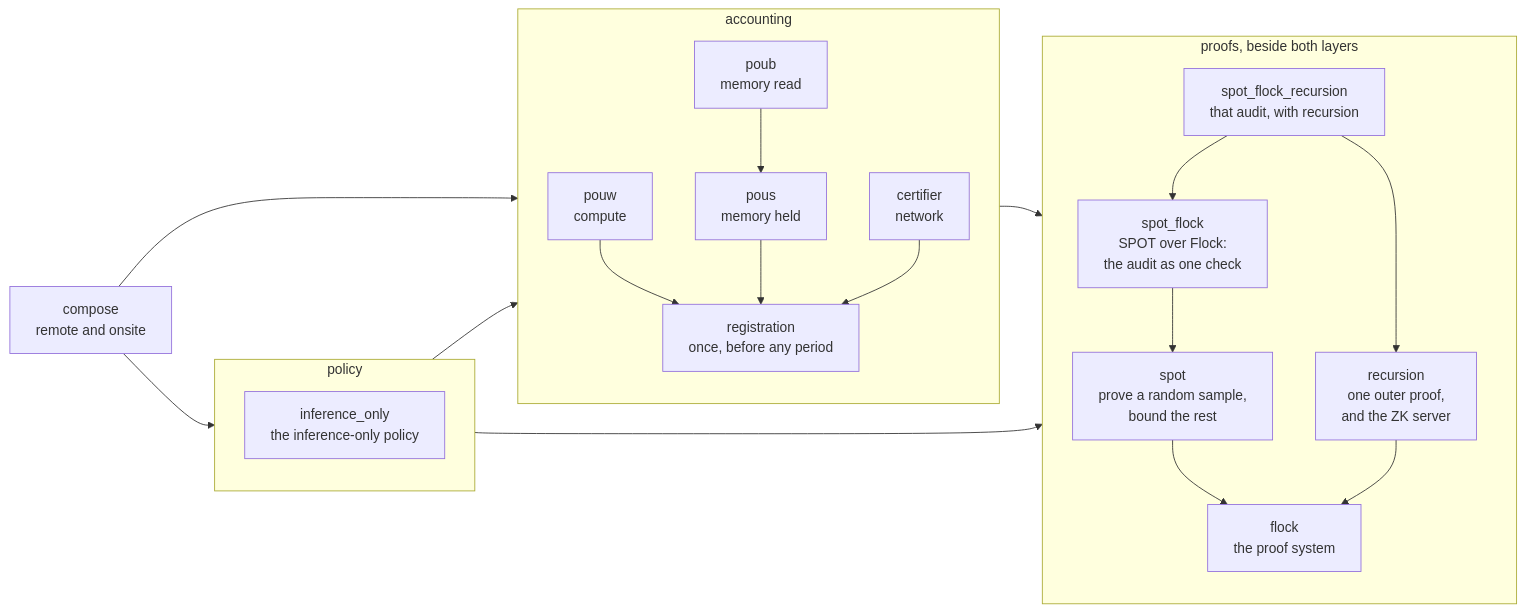
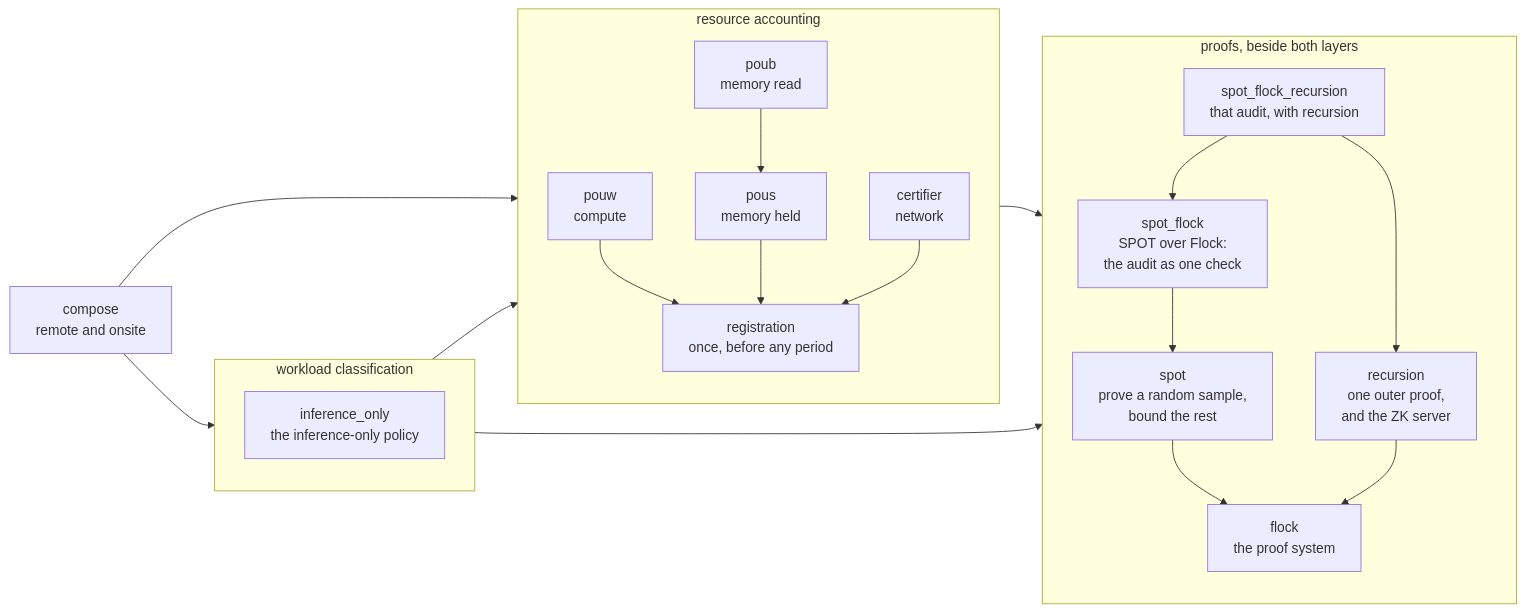
One commit to compute-verification/verity changed the fourth of 5 diagrams in ARCHITECTURE.md. Above: the diagram before and after it, drawn with Mermaid. The commit also changed other lines of this file, not shown here.

````diff
--- a/ARCHITECTURE.md
+++ b/ARCHITECTURE.md
@@ -160,35 +160,35 @@
 ```mermaid
 flowchart LR
     compose["compose<br/>remote and onsite"]
-    subgraph accounting["accounting"]
+    subgraph accounting["resource accounting"]
         registration["registration<br/>once, before any period"]
         pouw["pouw<br/>compute"]
         pous["pous<br/>memory held"]
         poub["poub<br/>memory read"]
         certifier["certifier<br/>network"]
     end
-    subgraph policy["policy"]
+    subgraph policy["workload classification"]
         io["inference_only<br/>the inference-only policy"]
     end
     subgraph proofs["proofs, beside both layers"]
         spot["spot<br/>prove a random sample,<br/>bound the rest"]
         recursion["recursion<br/>one outer proof,<br/>and the ZK server"]
         spot_flock["spot_flock<br/>SPOT over Flock:<br/>the audit as one check"]
         spot_flock_recursion["spot_flock_recursion<br/>that audit, with recursion"]
         flock["flock<br/>the proof system"]
     end
     compose --> accounting
     compose --> policy
     policy --> accounting
     accounting --> proofs
     policy --> proofs
     poub --> pous
     pouw --> registration
     pous --> registration
     certifier --> registration
     spot --> flock
     recursion --> flock
     spot_flock --> spot
     spot_flock_recursion --> spot_flock
     spot_flock_recursion --> recursion
 ```
````
